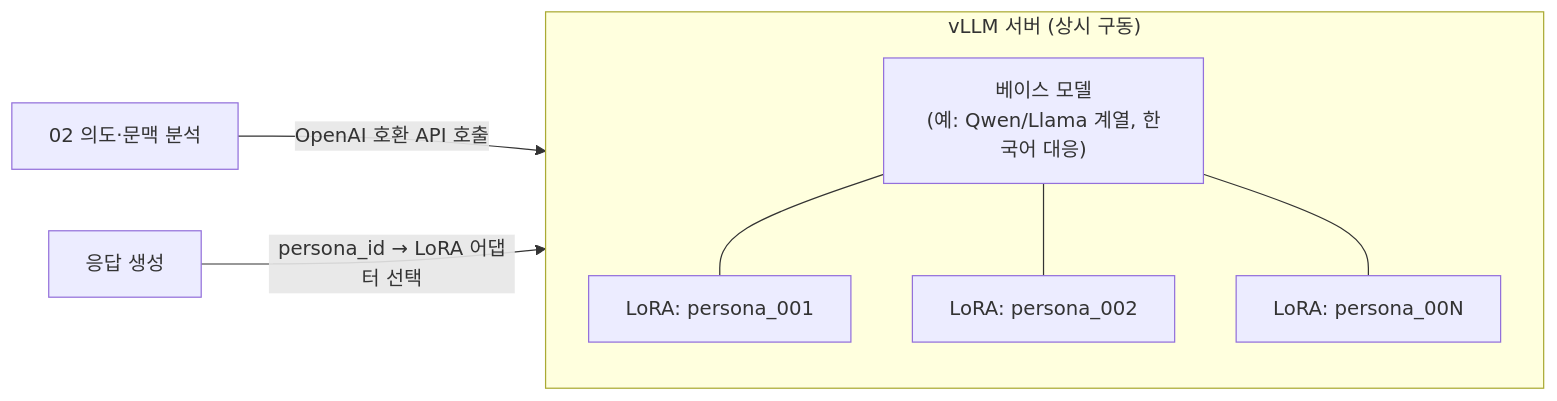
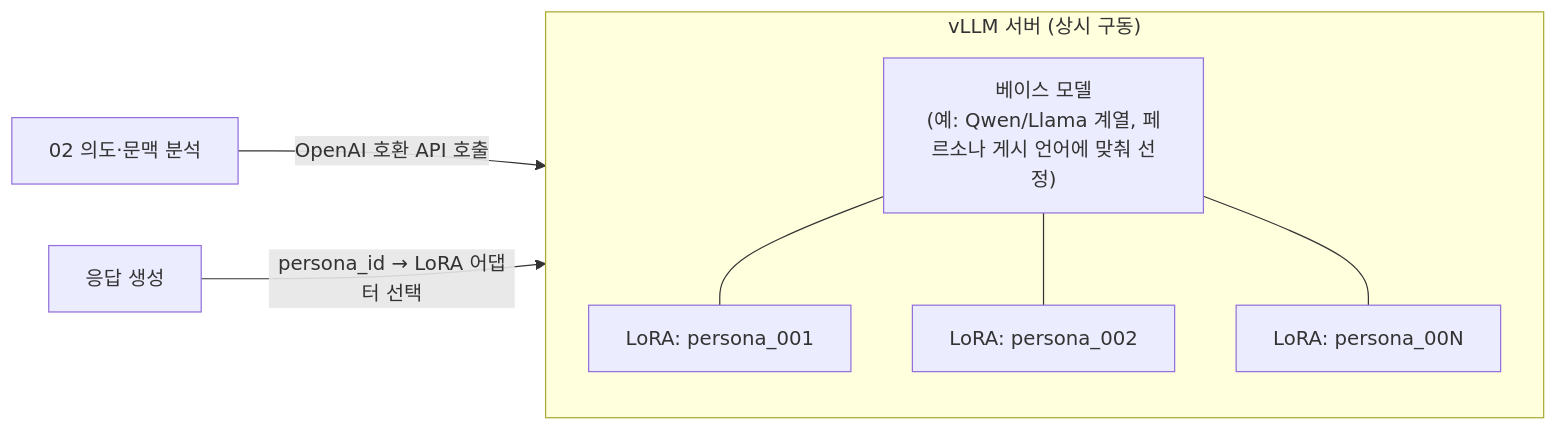
One commit to Benji5526/ai-persona-sns-automation changed the diagram in docs/09-llm-serving.md. Above: the diagram before and after it, drawn with Mermaid. The commit also changed other lines of this file and 6 other files, not shown here.

First line of the commit message:
Fix remaining audit findings: stale Korea references, missing AI Act Art. 50(1) chatbot disclosure, and schema gaps

````diff
--- a/docs/09-llm-serving.md
+++ b/docs/09-llm-serving.md
@@ -25,14 +25,14 @@
 ```mermaid
 flowchart LR
     subgraph VLLM["vLLM 서버 (상시 구동)"]
-        BASE["베이스 모델<br/>(예: Qwen/Llama 계열, 한국어 대응)"]
+        BASE["베이스 모델<br/>(예: Qwen/Llama 계열, 페르소나 게시 언어에 맞춰 선정)"]
         L1["LoRA: persona_001"]
         L2["LoRA: persona_002"]
         L3["LoRA: persona_00N"]
         BASE --- L1
         BASE --- L2
         BASE --- L3
     end
     NLU[02 의도·문맥 분석] -->|OpenAI 호환 API 호출| VLLM
     GEN[응답 생성] -->|persona_id → LoRA 어댑터 선택| VLLM
 ```
````
